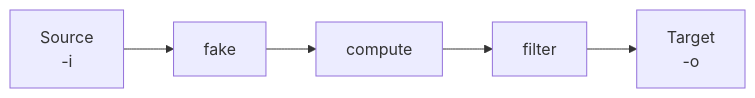
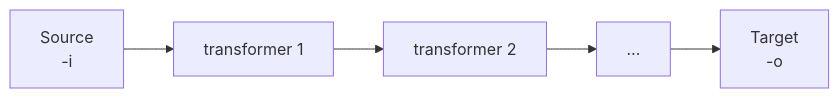
One commit to nicopon/dtpipe changed the first of 2 diagrams in docs/concepts.md. Above: the diagram before and after it, drawn with Mermaid. The commit also changed other lines of this file and 9 other files, not shown here.

````diff
--- a/docs/concepts.md
+++ b/docs/concepts.md
@@ -11,7 +11,7 @@
 ```mermaid
 flowchart LR
-    src["Source<br/>-i"] --> t1["fake"]
-    t1 --> t2["compute"]
-    t2 --> t3["filter"]
-    t3 --> dst["Target<br/>-o"]
+    src["Source<br/>-i"] --> t1["transformer 1"]
+    t1 --> t2["transformer 2"]
+    t2 --> tn["…"]
+    tn --> dst["Target<br/>-o"]
 ```
````
